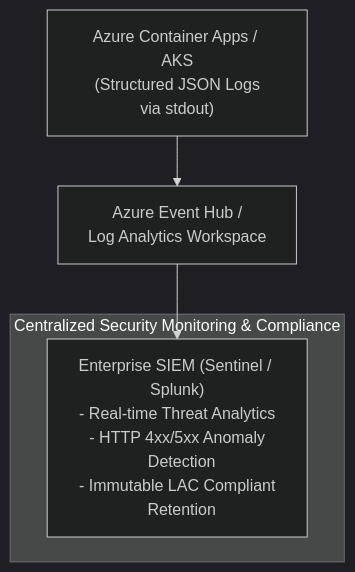
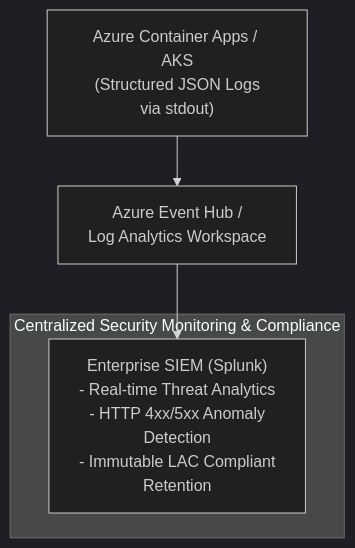
The second of 2 diagrams in docs/SECURITY.md (wyzdr/workforce-data-service), drawn with Mermaid (dark theme) before and after one commit.

````diff
--- a/docs/SECURITY.md
+++ b/docs/SECURITY.md
@@ -67,10 +67,10 @@
 ```mermaid
 flowchart TD
     API["Azure Container Apps / AKS<br/>(Structured JSON Logs<br/>via stdout)"] --> Hub["Azure Event Hub /<br/>Log Analytics Workspace"]
     
     subgraph EnterpriseSIEM ["Centralized Security Monitoring & Compliance"]
-        SIEM["Enterprise SIEM (Sentinel / Splunk)<br/>- Real-time Threat Analytics<br/>- HTTP 4xx/5xx Anomaly<br/>  Detection<br/>- Immutable LAC Compliant<br/>  Retention"]
+        SIEM["Enterprise SIEM (Splunk)<br/>- Real-time Threat Analytics<br/>- HTTP 4xx/5xx Anomaly<br/>  Detection<br/>- Immutable LAC Compliant<br/>  Retention"]
     end
 
     Hub --> SIEM
 ```
````
